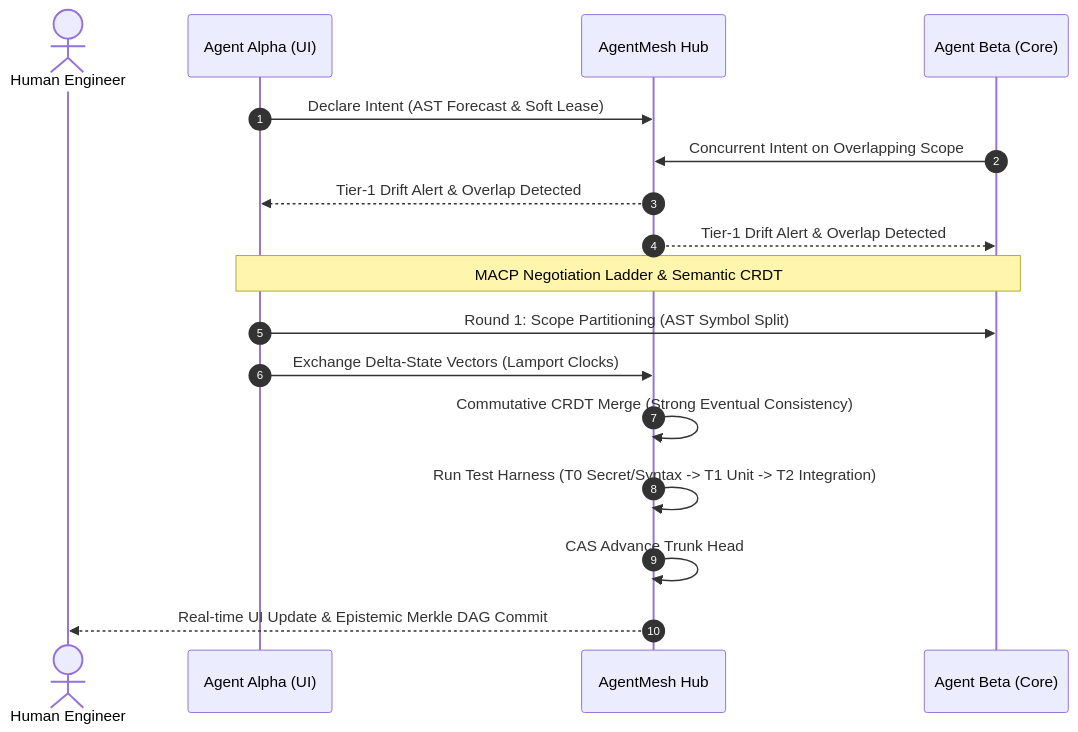
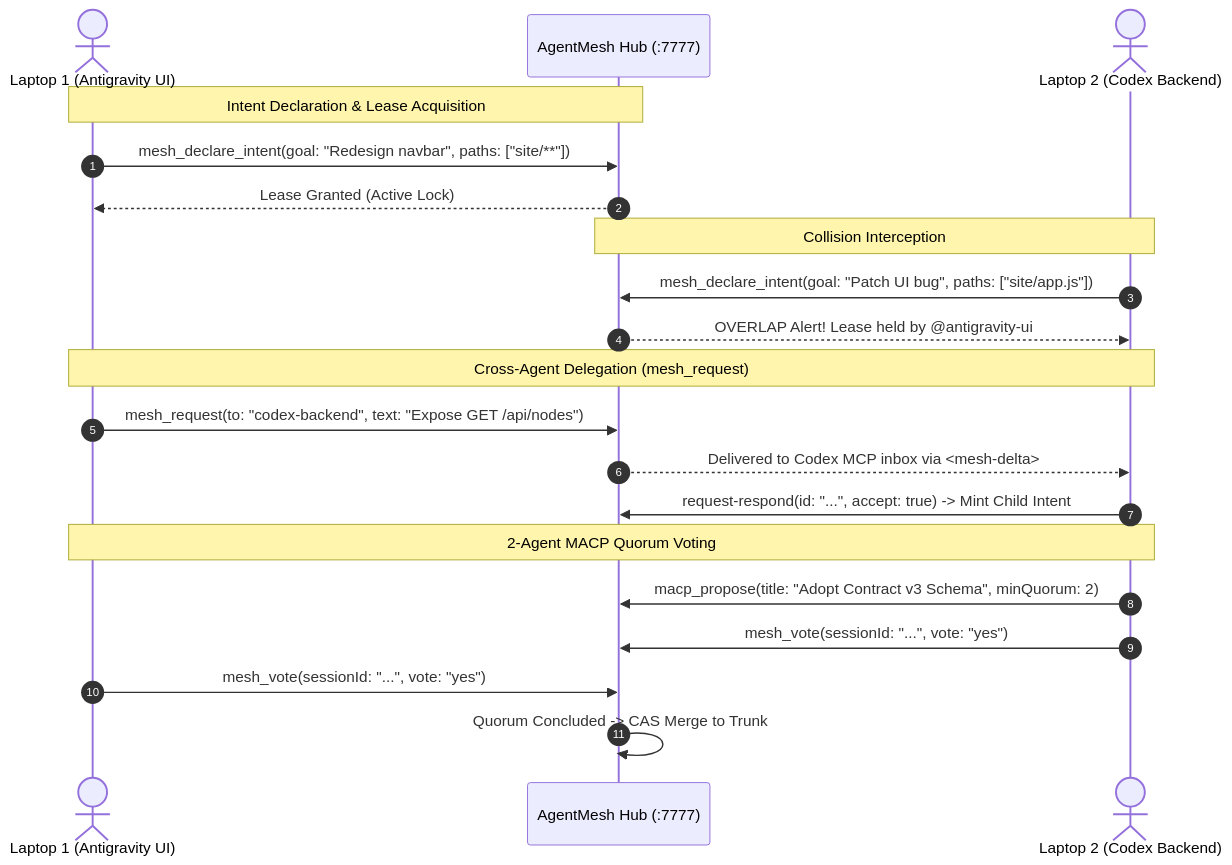
One commit to harshalsp07/AgentMesh changed the second of 2 diagrams in README.md. Above: the diagram before and after it, drawn with Mermaid. The commit also changed other lines of this file and 15 other files, not shown here.

Commit message:
updated the harness for the ai agent colaboration

````diff
--- a/README.md
+++ b/README.md
@@ -109,22 +119,26 @@
 ```mermaid
 sequenceDiagram
     autonumber
-    actor Dev as Human Engineer
-    participant AgentA as Agent Alpha (UI)
-    participant Hub as AgentMesh Hub
-    participant AgentB as Agent Beta (Core)
+    actor Dev1 as Laptop 1 (Antigravity UI)
+    participant Hub as AgentMesh Hub (:7777)
+    actor Dev2 as Laptop 2 (Codex Backend)
 
-    AgentA->>Hub: Declare Intent (AST Forecast & Soft Lease)
-    AgentB->>Hub: Concurrent Intent on Overlapping Scope
-    Hub-->>AgentA: Tier-1 Drift Alert & Overlap Detected
-    Hub-->>AgentB: Tier-1 Drift Alert & Overlap Detected
-    
-    note over AgentA,AgentB: MACP Negotiation Ladder & Semantic CRDT
-    AgentA->>AgentB: Round 1: Scope Partitioning (AST Symbol Split)
-    AgentA->>Hub: Exchange Delta-State Vectors (Lamport Clocks)
-    Hub->>Hub: Commutative CRDT Merge (Strong Eventual Consistency)
+    Note over Dev1,Hub: Intent Declaration & Lease Acquisition
+    Dev1->>Hub: mesh_declare_intent(goal: "Redesign navbar", paths: ["site/**"])
+    Hub-->>Dev1: Lease Granted (Active Lock)
 
-    Hub->>Hub: Run Test Harness (T0 Secret/Syntax -> T1 Unit -> T2 Integration)
-    Hub->>Hub: CAS Advance Trunk Head
-    Hub-->>Dev: Real-time UI Update & Epistemic Merkle DAG Commit
+    Note over Dev2,Hub: Collision Interception
+    Dev2->>Hub: mesh_declare_intent(goal: "Patch UI bug", paths: ["site/app.js"])
+    Hub-->>Dev2: OVERLAP Alert! Lease held by @antigravity-ui
+
+    Note over Dev1,Dev2: Cross-Agent Delegation (mesh_request)
+    Dev1->>Hub: mesh_request(to: "codex-backend", text: "Expose GET /api/nodes")
+    Hub-->>Dev2: Delivered to Codex MCP inbox via <mesh-delta>
+    Dev2->>Hub: request-respond(id: "...", accept: true) -> Mint Child Intent
+
+    Note over Dev1,Dev2: 2-Agent MACP Quorum Voting
+    Dev2->>Hub: macp_propose(title: "Adopt Contract v3 Schema", minQuorum: 2)
+    Dev2->>Hub: mesh_vote(sessionId: "...", vote: "yes")
+    Dev1->>Hub: mesh_vote(sessionId: "...", vote: "yes")
+    Hub->>Hub: Quorum Concluded -> CAS Merge to Trunk
 ```
````
